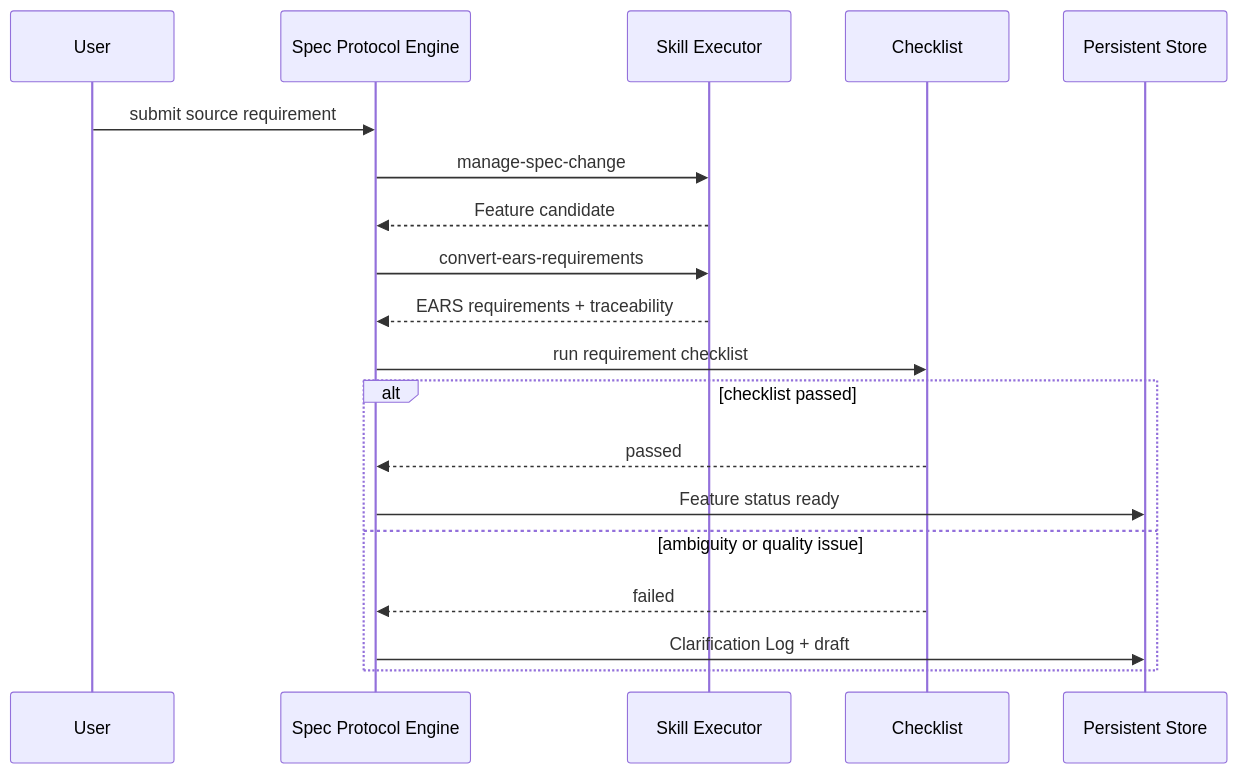
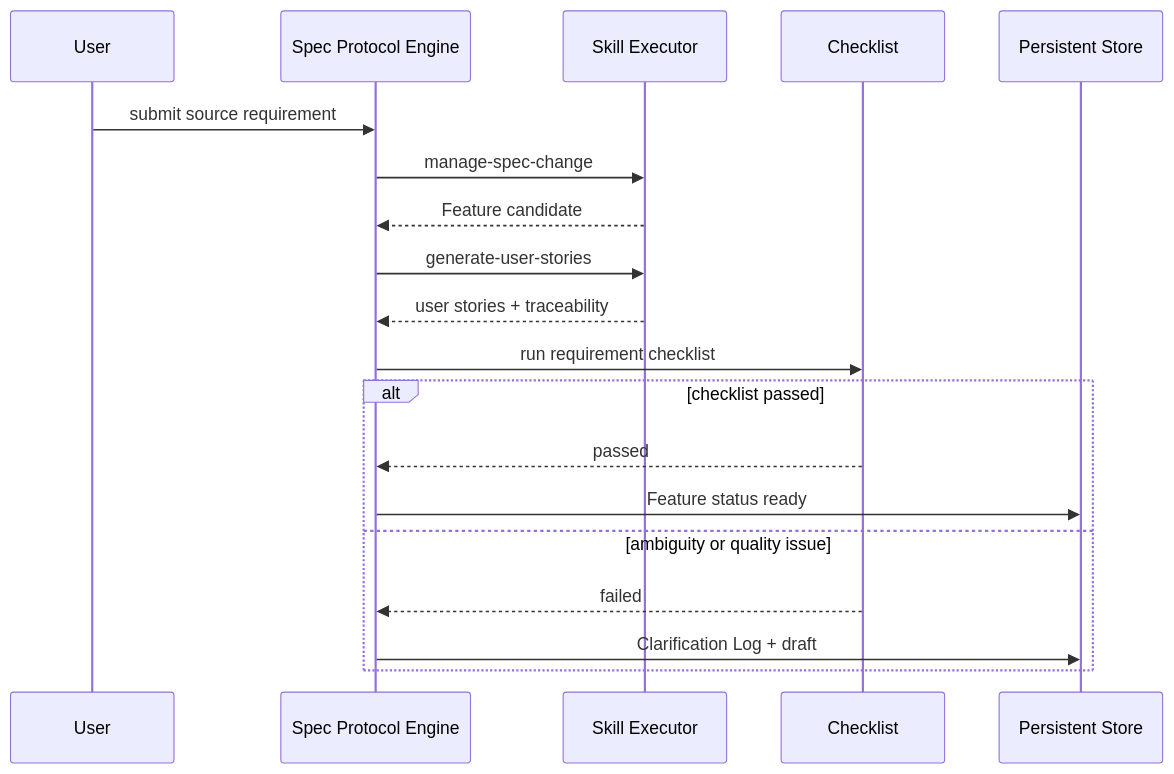
Before and after one commit to songcojp/agentic-spec-driven-auto-build: the third of 13 diagrams in docs/agentic-spec/zh-CN/design.md, drawn with Mermaid. The commit also changed other lines of this file and 75 other files, not shown here.

Commit message:
refactor(spec): replace EARS with user stories

````diff
--- a/docs/agentic-spec/zh-CN/design.md
+++ b/docs/agentic-spec/zh-CN/design.md
@@ -1138,22 +1138,22 @@
 ```mermaid
 sequenceDiagram
   participant U as User
   participant S as Spec Protocol Engine
   participant K as Skill Executor
   participant C as Checklist
   participant Store as Persistent Store
 
   U->>S: submit source requirement
   S->>K: manage-spec-change
   K-->>S: Feature candidate
-  S->>K: convert-ears-requirements
-  K-->>S: EARS requirements + traceability
+  S->>K: generate-user-stories
+  K-->>S: user stories + traceability
   S->>C: run requirement checklist
   alt checklist passed
     C-->>S: passed
     S->>Store: Feature status ready
   else ambiguity or quality issue
     C-->>S: failed
     S->>Store: Clarification Log + draft
   end
 ```
````
